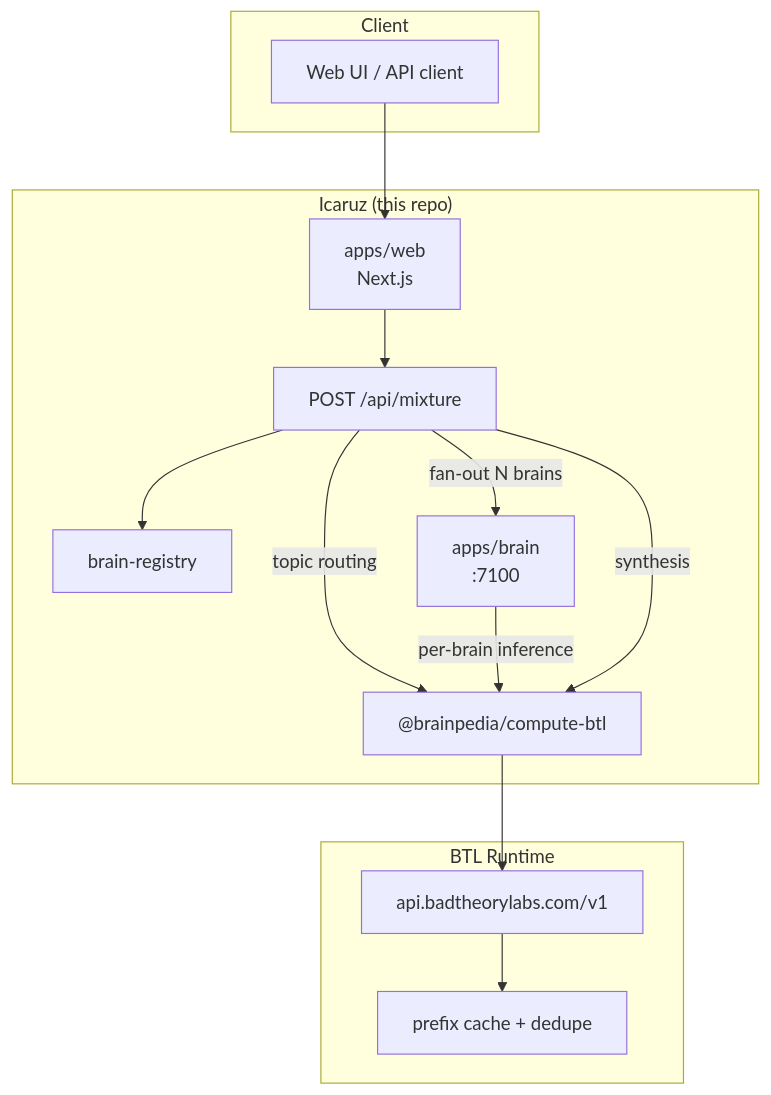
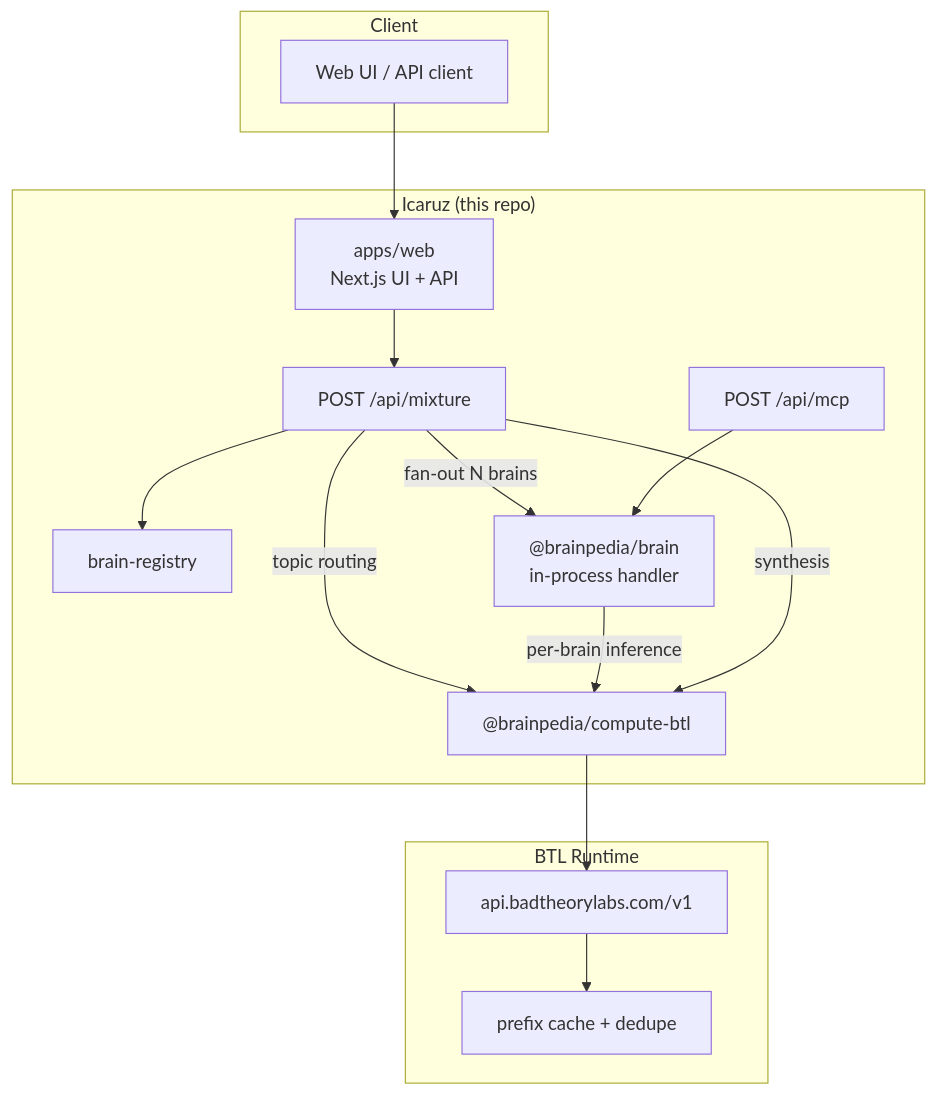
One commit to arko05roy/Icaruz changed the first of 3 diagrams in README.md. Above: the diagram before and after it, drawn with Mermaid. The commit also changed other lines of this file and 45 other files, not shown here.

````diff
--- a/README.md
+++ b/README.md
@@ -31,29 +31,31 @@
 ```mermaid
 flowchart TB
     subgraph Client
         UI[Web UI / API client]
     end
 
     subgraph Icaruz["Icaruz (this repo)"]
-        WEB["apps/web<br/>Next.js"]
+        WEB["apps/web<br/>Next.js UI + API"]
         MIX["POST /api/mixture"]
+        MCP["POST /api/mcp"]
         REG["brain-registry"]
         BTL_PKG["@brainpedia/compute-btl"]
-        BRAIN_SVC["apps/brain<br/>:7100"]
+        HANDLER["@brainpedia/brain<br/>in-process handler"]
     end
 
     subgraph BTL["BTL Runtime"]
         GW["api.badtheorylabs.com/v1"]
         CACHE["prefix cache + dedupe"]
     end
 
     UI --> WEB
     WEB --> MIX
     MIX --> REG
     MIX -->|"topic routing"| BTL_PKG
     BTL_PKG --> GW
-    MIX -->|"fan-out N brains"| BRAIN_SVC
-    BRAIN_SVC -->|"per-brain inference"| BTL_PKG
+    MIX -->|"fan-out N brains"| HANDLER
+    MCP --> HANDLER
+    HANDLER -->|"per-brain inference"| BTL_PKG
   GW --> CACHE
     MIX -->|"synthesis"| BTL_PKG
 ```
````
